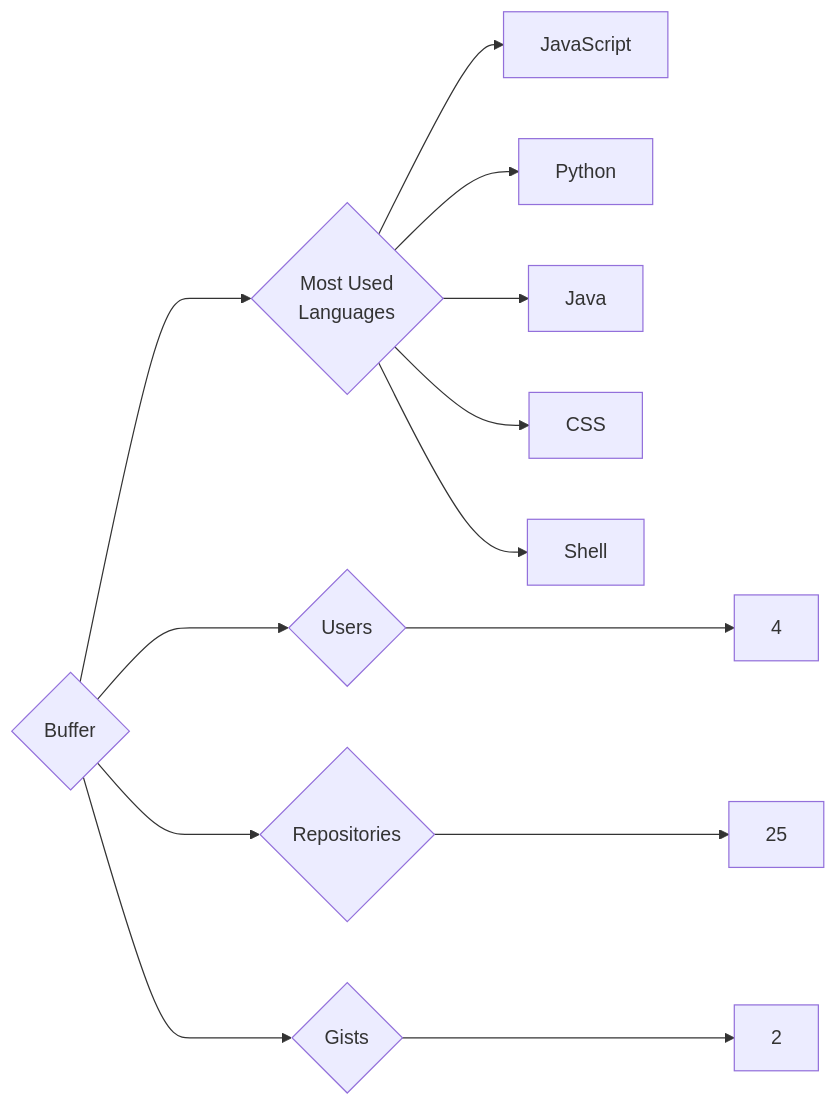
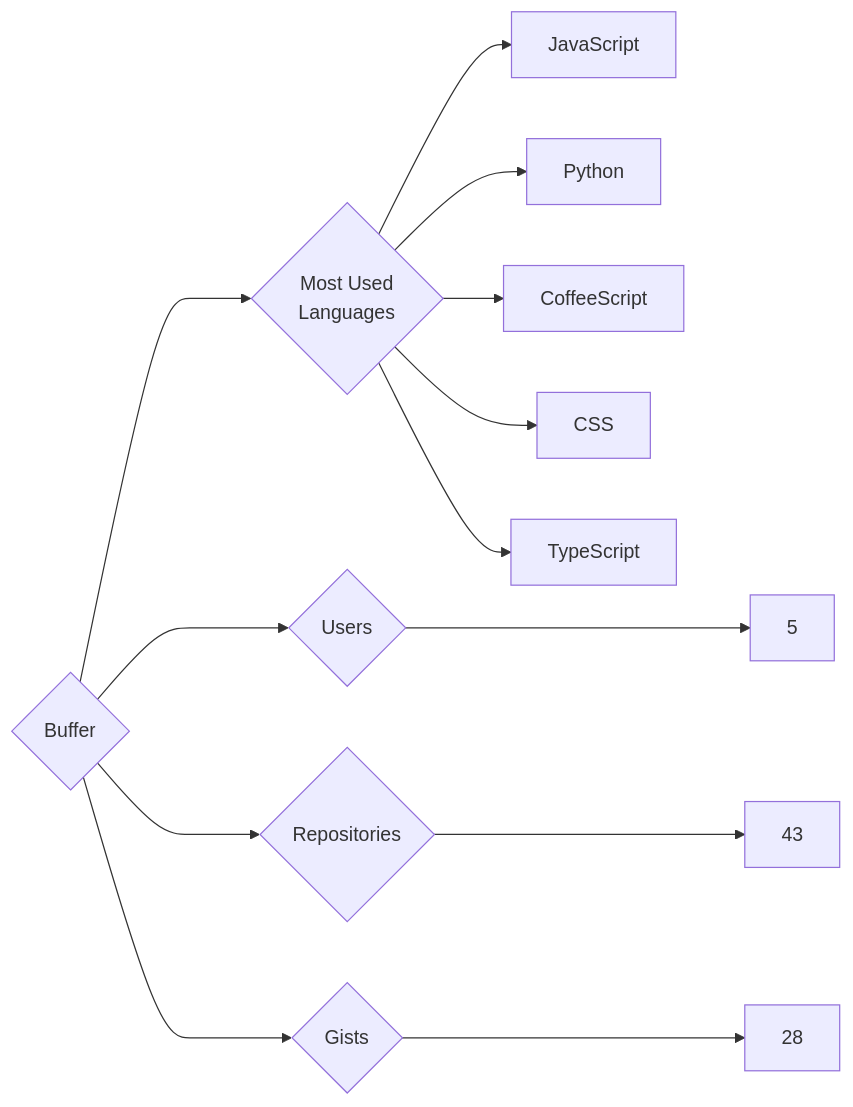
The diagram in targets/Buffer/README.md (trickest/insiders), drawn with Mermaid before and after one commit. The commit also changed 1036 other files, not shown here.

````diff
--- a/targets/Buffer/README.md
+++ b/targets/Buffer/README.md
@@ -3,13 +3,13 @@
 ```mermaid
 graph LR
 COMPANY_NAME{Buffer}
-COMPANY_NAME ---> U{Users} ---> UN[4]
-COMPANY_NAME ---> R{Repositories} ---> RN[25]
-COMPANY_NAME ---> G{Gists} ---> GN[2]
+COMPANY_NAME ---> U{Users} ---> UN[5]
+COMPANY_NAME ---> R{Repositories} ---> RN[43]
+COMPANY_NAME ---> G{Gists} ---> GN[28]
 COMPANY_NAME ---> ML{Most Used<br>Languages}
 ML --> JavaScript[JavaScript]
 ML --> Python[Python]
-ML --> Java[Java]
+ML --> CoffeeScript[CoffeeScript]
 ML --> CSS[CSS]
-ML --> Shell[Shell]
+ML --> TypeScript[TypeScript]
 ```
````
